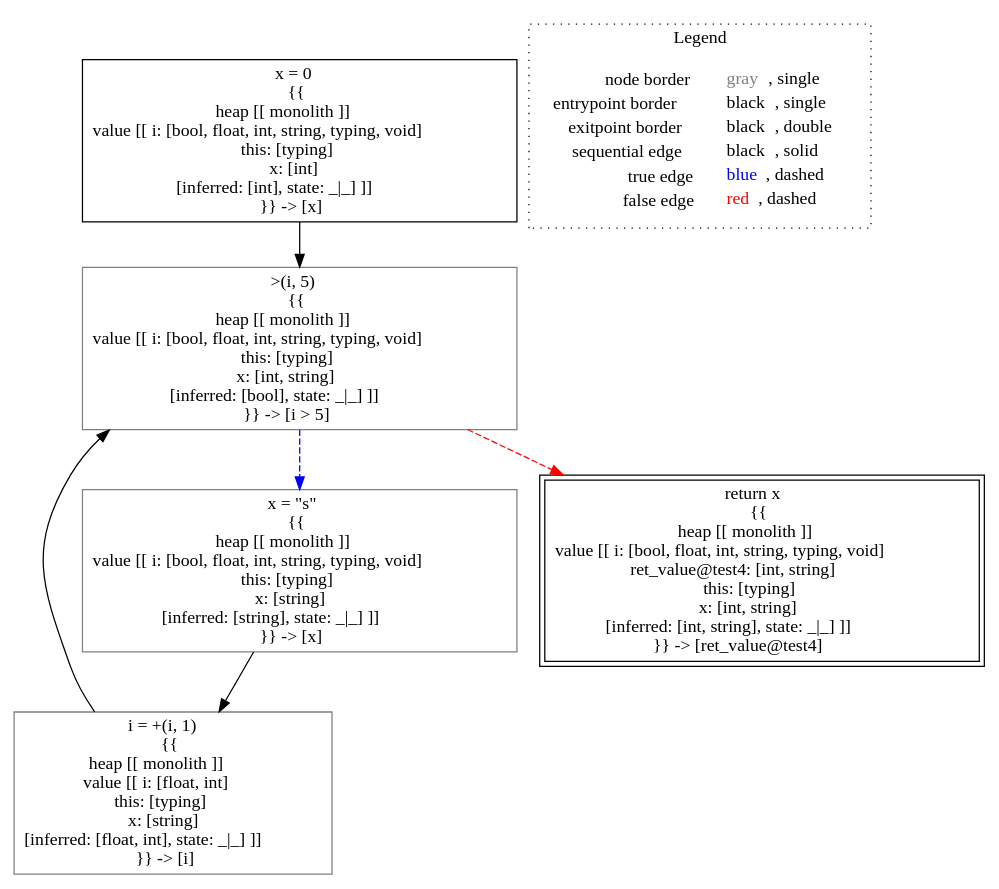
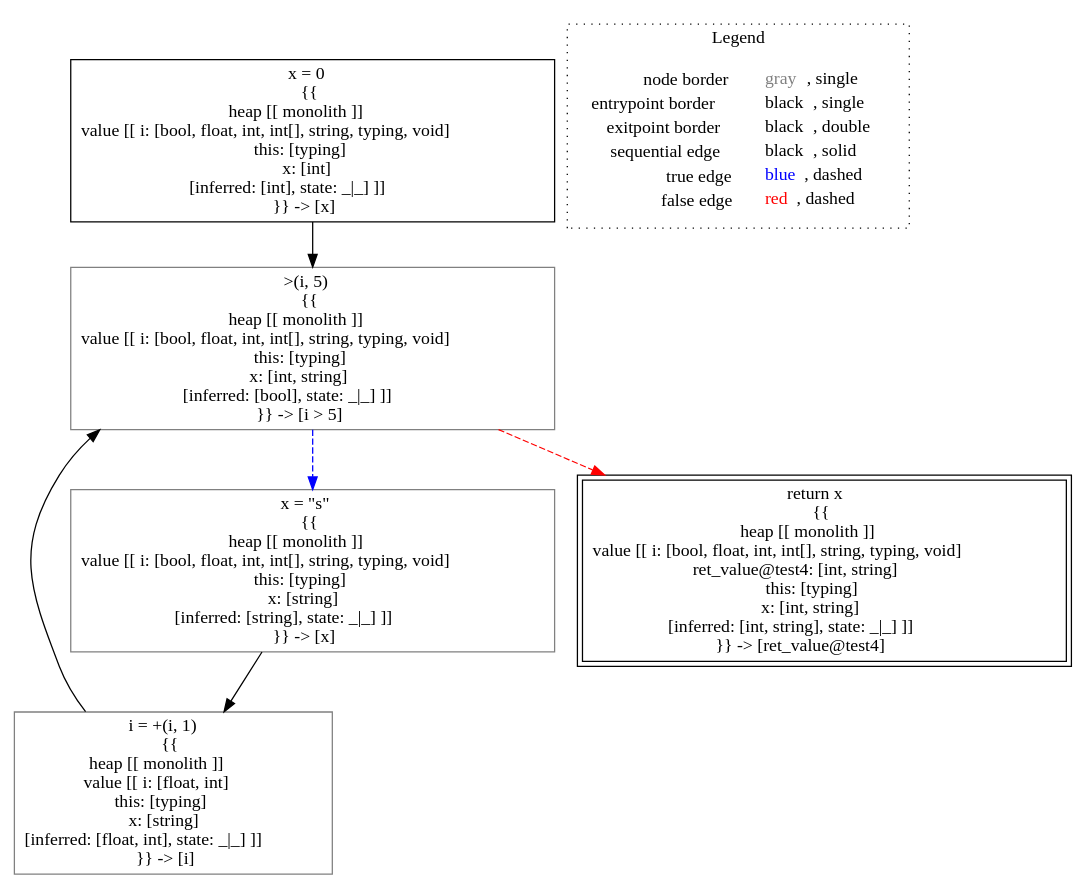
One commit to lisa-analyzer/lisa changed the diagram in lisa/imp-testcases/type-inference/typing___untyped_typing.test4(typing_this,_untyped_i).dot. Above: the diagram before and after it, drawn with Graphviz. The commit also changed 8 other files, not shown here.

Commit message:
#95 simple typing test, fixed monolithic rewriting for heap dereference

```diff
--- a/lisa/imp-testcases/type-inference/typing___untyped_typing.test4(typing_this,_untyped_i).dot
+++ b/lisa/imp-testcases/type-inference/typing___untyped_typing.test4(typing_this,_untyped_i).dot
@@ -1,19 +1,19 @@
 digraph {
-	"node0" [shape="rect",color="black",label=<x = 0<BR/>{{<BR/>heap [[ monolith ]]<BR/>value [[ i: [bool, float, int, string, typing, void]<BR/>this: [typing]<BR/>x: [int]<BR/>[inferred: [int], state: _|_] ]]<BR/>}} -&gt; [x]>];
-	"node1" [shape="rect",color="gray",label=<x = &quot;s&quot;<BR/>{{<BR/>heap [[ monolith ]]<BR/>value [[ i: [bool, float, int, string, typing, void]<BR/>this: [typing]<BR/>x: [string]<BR/>[inferred: [string], state: _|_] ]]<BR/>}} -&gt; [x]>];
-	"node2" [shape="rect",color="gray",label=<i = +(i, 1)<BR/>{{<BR/>heap [[ monolith ]]<BR/>value [[ i: [float, int]<BR/>this: [typing]<BR/>x: [string]<BR/>[inferred: [float, int], state: _|_] ]]<BR/>}} -&gt; [i]>];
-	"node3" [shape="rect",color="black",peripheries="2",label=<return x<BR/>{{<BR/>heap [[ monolith ]]<BR/>value [[ i: [bool, float, int, string, typing, void]<BR/>ret_value@test4: [int, string]<BR/>this: [typing]<BR/>x: [int, string]<BR/>[inferred: [int, string], state: _|_] ]]<BR/>}} -&gt; [ret_value@test4]>];
-	"node4" [shape="rect",color="gray",label=<&gt;(i, 5)<BR/>{{<BR/>heap [[ monolith ]]<BR/>value [[ i: [bool, float, int, string, typing, void]<BR/>this: [typing]<BR/>x: [int, string]<BR/>[inferred: [bool], state: _|_] ]]<BR/>}} -&gt; [i &gt; 5]>];
-	"node1" -> "node2" [color="black"];
-	"node2" -> "node4" [color="black"];
+	"node0" [shape="rect",color="black",label=<x = 0<BR/>{{<BR/>heap [[ monolith ]]<BR/>value [[ i: [bool, float, int, int[], string, typing, void]<BR/>this: [typing]<BR/>x: [int]<BR/>[inferred: [int], state: _|_] ]]<BR/>}} -&gt; [x]>];
+	"node1" [shape="rect",color="gray",label=<x = &quot;s&quot;<BR/>{{<BR/>heap [[ monolith ]]<BR/>value [[ i: [bool, float, int, int[], string, typing, void]<BR/>this: [typing]<BR/>x: [string]<BR/>[inferred: [string], state: _|_] ]]<BR/>}} -&gt; [x]>];
+	"node2" [shape="rect",color="black",peripheries="2",label=<return x<BR/>{{<BR/>heap [[ monolith ]]<BR/>value [[ i: [bool, float, int, int[], string, typing, void]<BR/>ret_value@test4: [int, string]<BR/>this: [typing]<BR/>x: [int, string]<BR/>[inferred: [int, string], state: _|_] ]]<BR/>}} -&gt; [ret_value@test4]>];
+	"node3" [shape="rect",color="gray",label=<i = +(i, 1)<BR/>{{<BR/>heap [[ monolith ]]<BR/>value [[ i: [float, int]<BR/>this: [typing]<BR/>x: [string]<BR/>[inferred: [float, int], state: _|_] ]]<BR/>}} -&gt; [i]>];
+	"node4" [shape="rect",color="gray",label=<&gt;(i, 5)<BR/>{{<BR/>heap [[ monolith ]]<BR/>value [[ i: [bool, float, int, int[], string, typing, void]<BR/>this: [typing]<BR/>x: [int, string]<BR/>[inferred: [bool], state: _|_] ]]<BR/>}} -&gt; [i &gt; 5]>];
+	"node1" -> "node3" [color="black"];
 	"node0" -> "node4" [color="black"];
+	"node3" -> "node4" [color="black"];
 	"node4" -> "node1" [color="blue",style="dashed"];
-	"node4" -> "node3" [color="red",style="dashed"];
+	"node4" -> "node2" [color="red",style="dashed"];
 subgraph cluster_legend {
 	label="Legend";
 	style=dotted;
 	node [shape=plaintext];
 	"legend" [label=<<table border="0" cellpadding="2" cellspacing="0" cellborder="0"><tr><td align="right">node border&nbsp;</td><td align="left"><font color="gray">gray</font>, single</td></tr><tr><td align="right">entrypoint border&nbsp;</td><td align="left"><font color="black">black</font>, single</td></tr><tr><td align="right">exitpoint border&nbsp;</td><td align="left"><font color="black">black</font>, double</td></tr><tr><td align="right">sequential edge&nbsp;</td><td align="left"><font color="black">black</font>, solid</td></tr><tr><td align="right">true edge&nbsp;</td><td align="left"><font color="blue">blue</font>, dashed</td></tr><tr><td align="right">false edge&nbsp;</td><td align="left"><font color="red">red</font>, dashed</td></tr></table>>];
 }
 
 }
```
